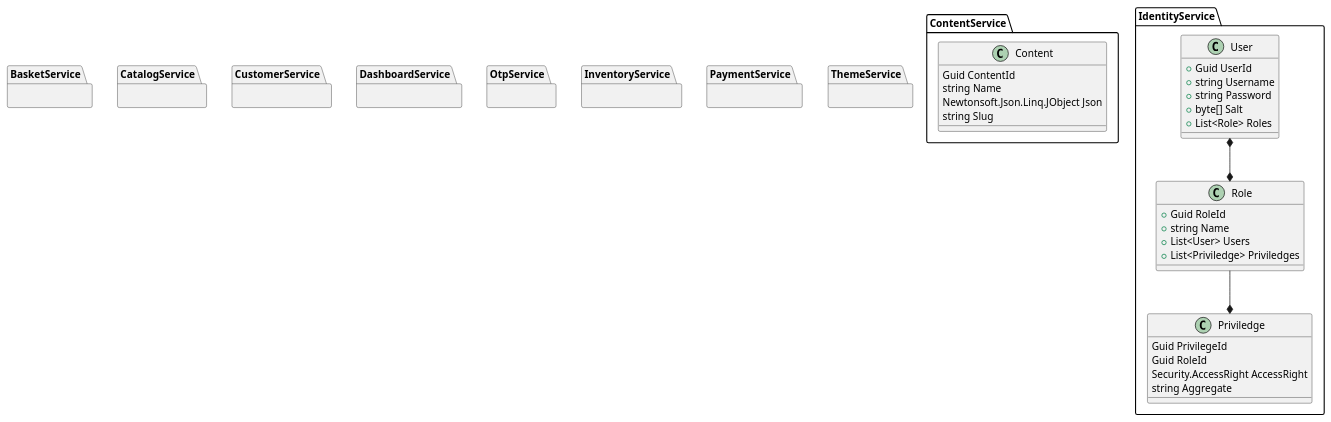
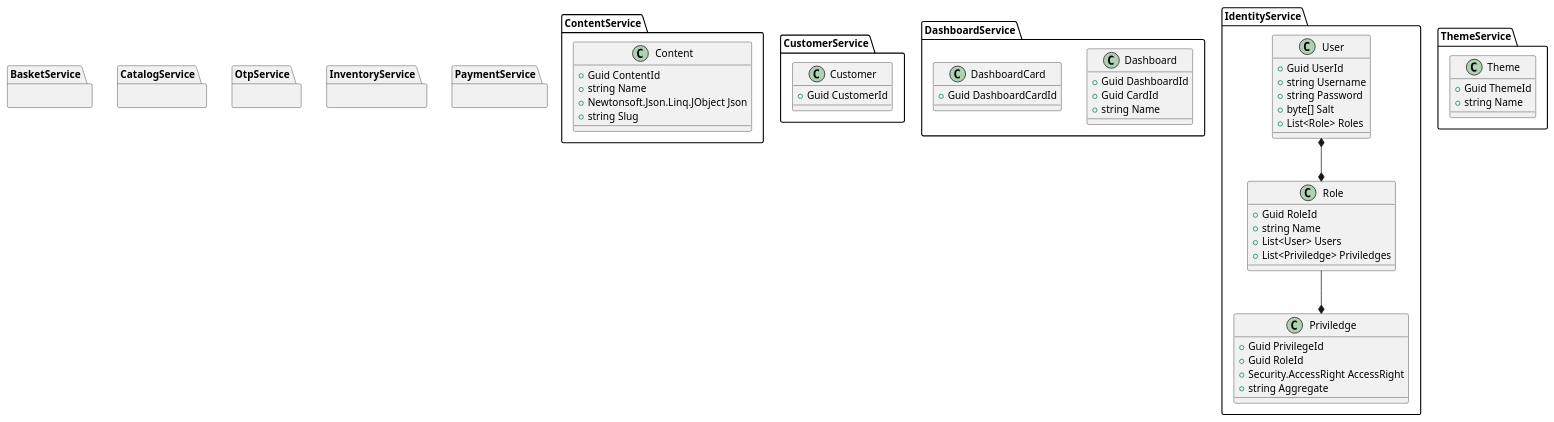
The diagram in documentation/model.plantuml (QuinntyneBrown/Huntress), drawn with PlantUML before and after one commit.

```diff
--- a/documentation/model.plantuml
+++ b/documentation/model.plantuml
@@ -1,89 +1,101 @@
 @startuml
 
 package BasketService {
-
-
 
 }
 
 
 package CatalogService {
 
 }
 
 
 
 package ContentService {
-
 	class Content {
-		Guid ContentId
-		string Name
-		Newtonsoft.Json.Linq.JObject Json
-		string Slug
+		+Guid ContentId
+		+string Name
+		+Newtonsoft.Json.Linq.JObject Json
+		+string Slug
 	}
-
 }
 
 package CustomerService {
+	class Customer {
+		+Guid CustomerId
+	}
+}
 
-}
 
 package DashboardService {
 
+	class Dashboard {
+		+Guid DashboardId
+	}
+	
+	class DashboardCard {
+		+Guid DashboardCardId
+	}
+	
+	class Dashboard {
+		+Guid CardId
+		+string Name
+	}
 }
 
 
 package IdentityService {
 
-class User { 
-+Guid UserId
-+string Username
-+string Password
-+byte[] Salt
-+List<Role> Roles
-}
+	class User { 
+		+Guid UserId
+		+string Username
+		+string Password
+		+byte[] Salt
+		+List<Role> Roles
+	}
 
-class Role {
-+Guid RoleId
-+string Name
-+List<User> Users
-+List<Priviledge> Priviledges
+	class Role {
+		+Guid RoleId
+		+string Name
+		+List<User> Users
+		+List<Priviledge> Priviledges
+	}
 
-}
+	class Priviledge
+	{
+		+Guid PrivilegeId
+		+Guid RoleId
+		+Security.AccessRight AccessRight
+		+string Aggregate
+	}
 
-class Priviledge
-{
-Guid PrivilegeId
-Guid RoleId
-Security.AccessRight AccessRight
-string Aggregate
-}
-
-User *--* Role
-Role --* Priviledge
-
+	User *--* Role
+	Role --* Priviledge
 }
 
 package OtpService {
 
 }
 
 package CustomerService {
 
 }
 
 
 package InventoryService {
 
 }
 
 package PaymentService {
 
 }
 
 package ThemeService {
-
+	class Theme {
+		+Guid ThemeId
+		+string Name
+	}
 }
 
 
 @enduml
```
